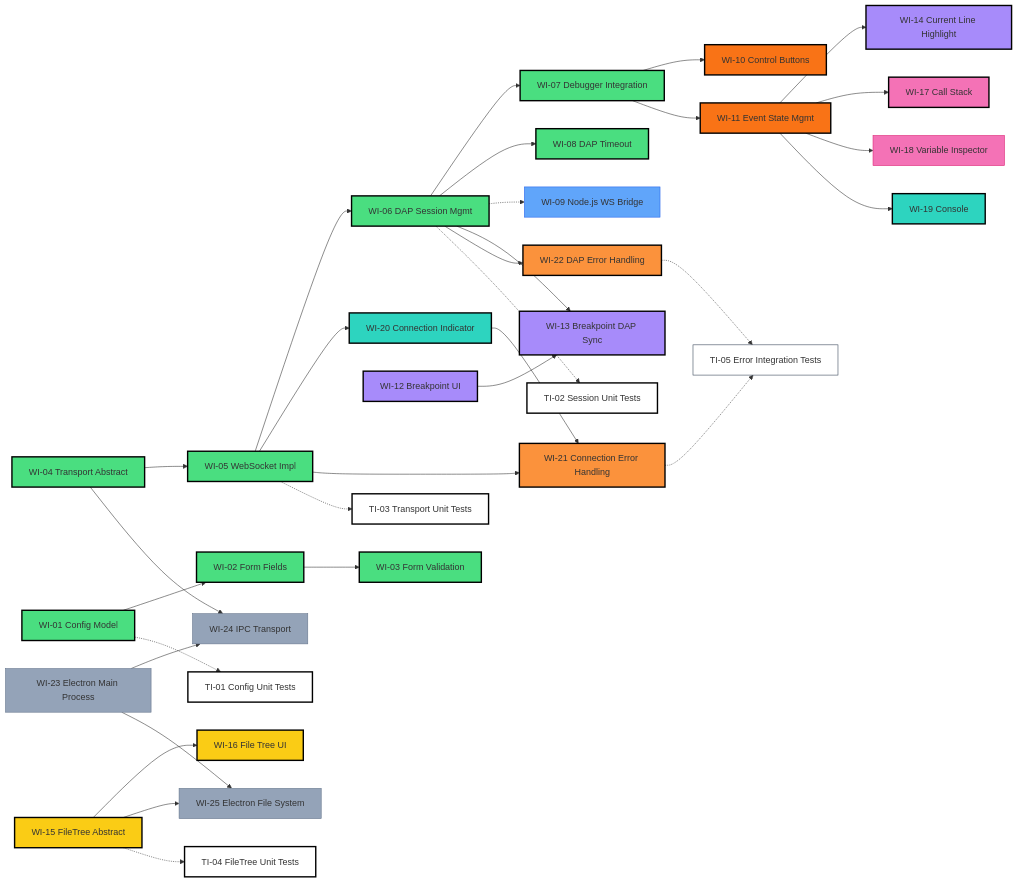
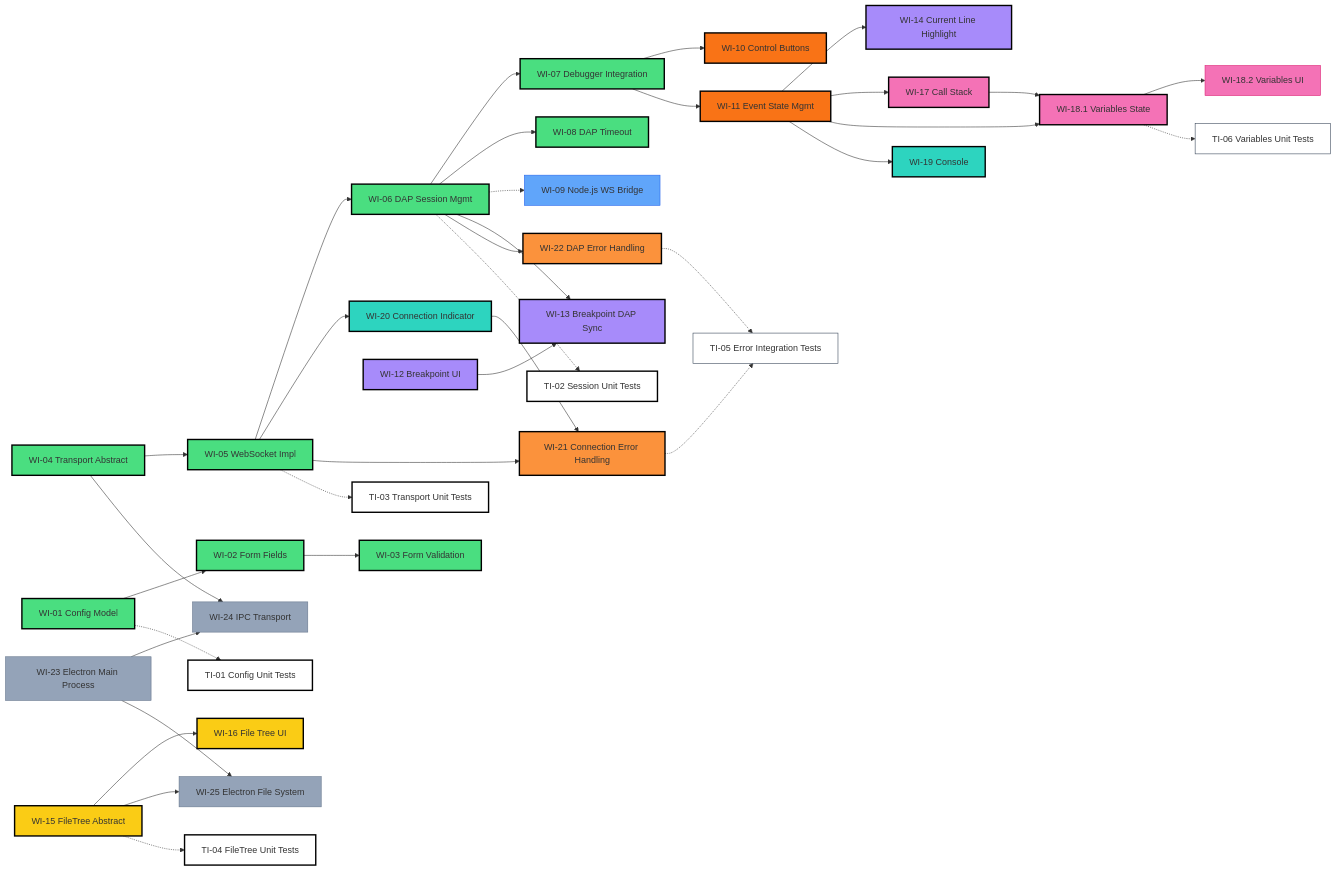
The diagram in docs/work-items.md (tangpo387-arch/taro-debugger), drawn with Mermaid before and after one commit. The commit also changed other lines of this file and 6 other files, not shown here.

Commit message:
feat: implement DapVariablesService for state management and update documentation with future roadmap

````diff
--- a/docs/work-items.md
+++ b/docs/work-items.md
@@ -182,7 +192,9 @@
     WI15[WI-15 FileTree Abstract] --> WI16[WI-16 File Tree UI]
 
     WI11 --> WI17[WI-17 Call Stack]
-    WI11 --> WI18[WI-18 Variable Inspector]
+    WI11 --> WI18_1[WI-18.1 Variables State]
+    WI17 --> WI18_1
+    WI18_1 --> WI18_2[WI-18.2 Variables UI]
 
     WI11 --> WI19[WI-19 Console]
     WI05 --> WI20[WI-20 Connection Indicator]
@@ -193,6 +205,7 @@
 
     WI21 -.-> TI05[TI-05 Error Integration Tests]
     WI22 -.-> TI05
+    WI18_1 -.-> TI06[TI-06 Variables Unit Tests]
 
     WI23[WI-23 Electron Main Process] --> WI24[WI-24 IPC Transport]
     WI04 --> WI24
@@ -226,7 +239,8 @@
     style WI16 fill:#facc15,stroke:#000,stroke-width:2.5px
 
     style WI17 fill:#f472b6,stroke:#000,stroke-width:2.5px
-    style WI18 fill:#f472b6,stroke:#db2777
+    style WI18_1 fill:#f472b6,stroke:#000,stroke-width:2.5px
+    style WI18_2 fill:#f472b6,stroke:#db2777
 
     style WI19 fill:#2dd4bf,stroke:#000,stroke-width:2.5px
     style WI20 fill:#2dd4bf,stroke:#000,stroke-width:2.5px
@@ -243,4 +257,5 @@
     style TI03 fill:#ffffff,stroke:#000,stroke-width:2.5px
     style TI04 fill:#ffffff,stroke:#000,stroke-width:2.5px
     style TI05 fill:#ffffff,stroke:#334155
+    style TI06 fill:#ffffff,stroke:#334155
 ```
````
